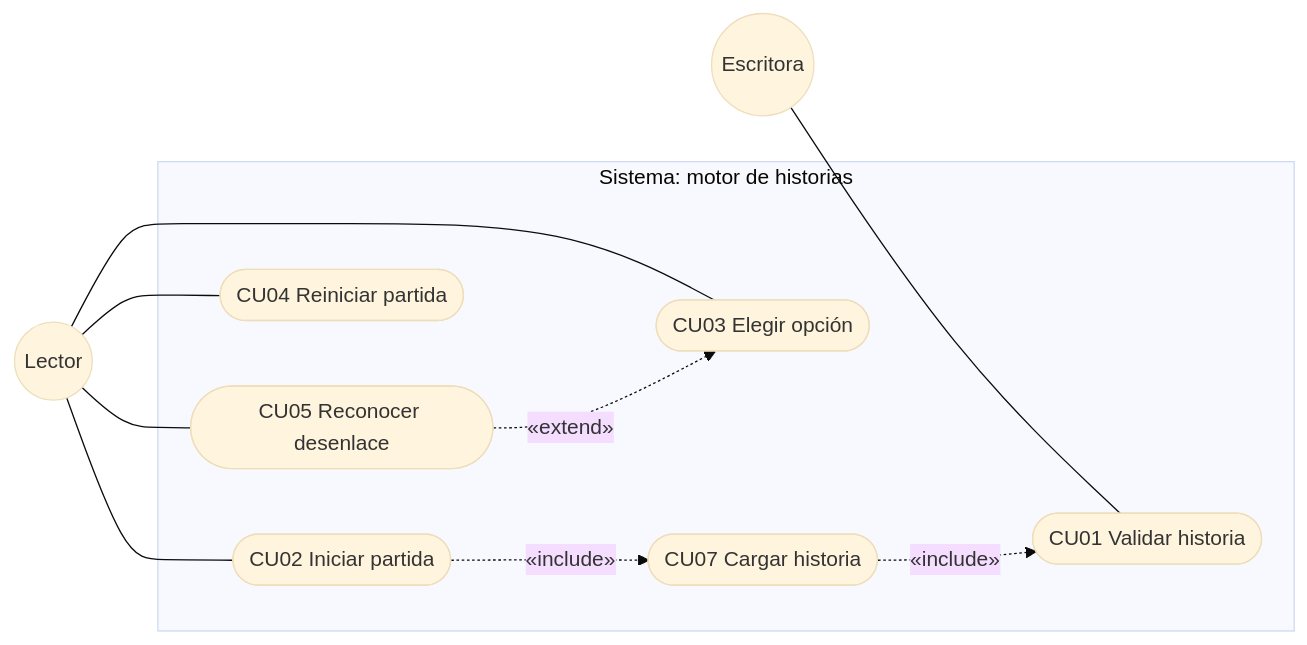
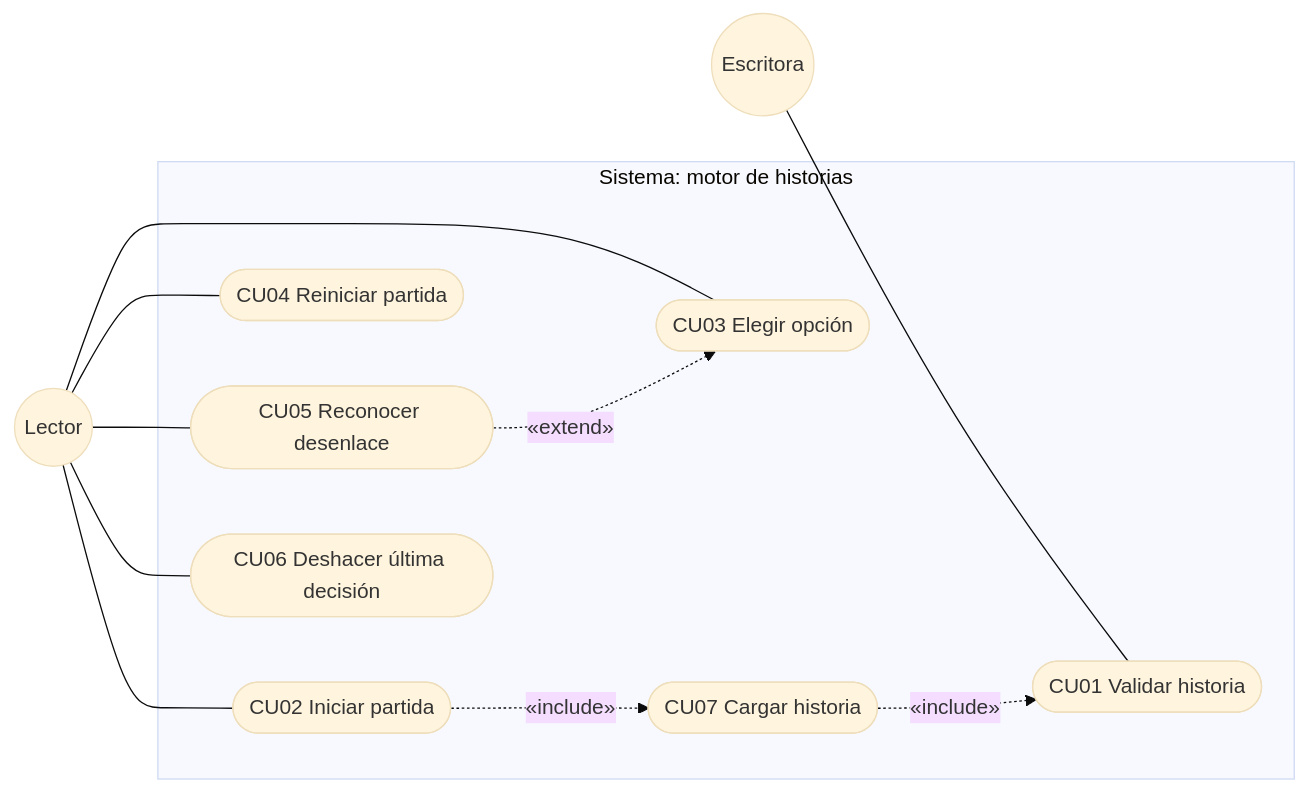
One commit to CamiloConde/Parcial-2-Ingenieria-de-software changed the second of 5 diagrams in docs/anexo/A1_modelos.md. Above: the diagram before and after it, drawn with Mermaid (base theme). The commit also changed other lines of this file and 5 other files, not shown here.

````diff
--- a/docs/anexo/A1_modelos.md
+++ b/docs/anexo/A1_modelos.md
@@ -21,21 +21,23 @@
 ```mermaid
 flowchart LR
   ESC(("Escritora"))
   LEC(("Lector"))
   subgraph S["Sistema: motor de historias"]
     CU1(["CU01 Validar historia"])
     CU2(["CU02 Iniciar partida"])
     CU3(["CU03 Elegir opción"])
     CU4(["CU04 Reiniciar partida"])
     CU5(["CU05 Reconocer desenlace"])
+    CU6(["CU06 Deshacer última decisión"])
     CU7(["CU07 Cargar historia"])
   end
   ESC --- CU1
   LEC --- CU2
   LEC --- CU3
   LEC --- CU4
   LEC --- CU5
+  LEC --- CU6
   CU2 -. "«include»" .-> CU7
   CU7 -. "«include»" .-> CU1
   CU5 -. "«extend»" .-> CU3
 ```
````
